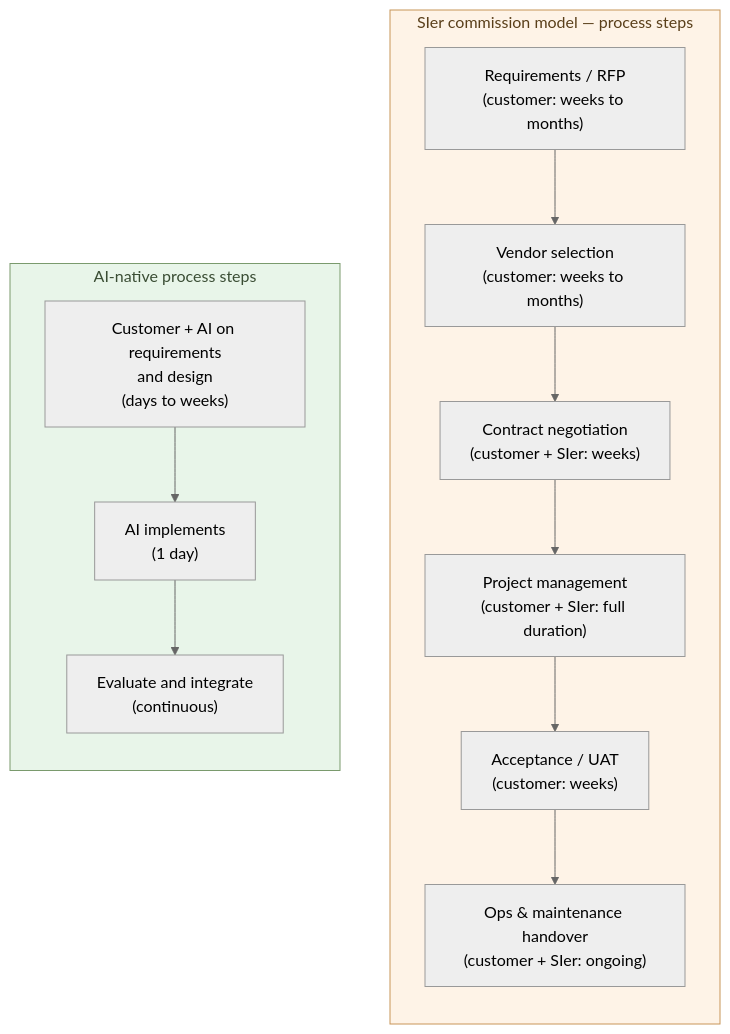
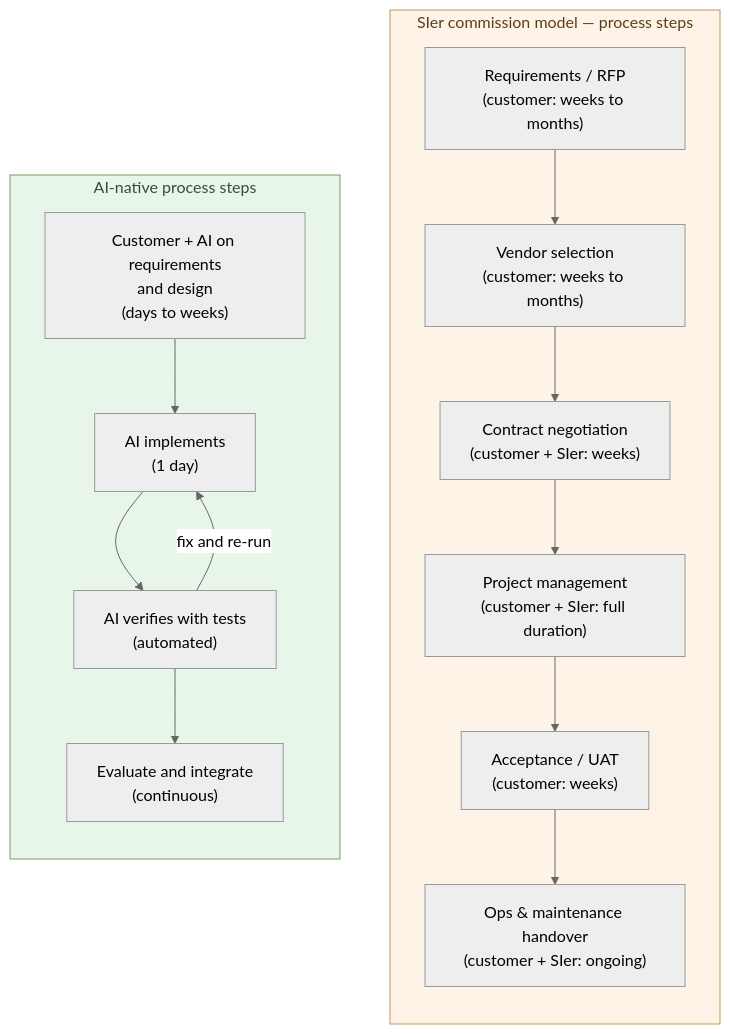
Before and after one commit to aiseed-dev/website: the diagram in articles/ai-native-ways/software/18-sier-uneconomic/en.md, drawn with Mermaid (neutral theme). The commit also changed 1 other file, not shown here.

Commit message:
software 3-03: add the test/verify step to the AI-native flow
Insert "AI verifies with tests (automated)" between implement and
evaluate, with a fix-and-re-run edge back to implement — showing the
verifier loop that is central to the series. Parallel ja/en.

Claude-Session: https://claude.ai/code/session_01JWSjUtp9JogXnFvcXErbX3

````diff
--- a/articles/ai-native-ways/software/18-sier-uneconomic/en.md
+++ b/articles/ai-native-ways/software/18-sier-uneconomic/en.md
@@ -92,26 +92,28 @@
 ```mermaid
 flowchart TB
   subgraph Sier["SIer commission model — process steps"]
     direction TB
     S1["Requirements / RFP<br/>(customer: weeks to months)"]
     S2["Vendor selection<br/>(customer: weeks to months)"]
     S3["Contract negotiation<br/>(customer + SIer: weeks)"]
     S4["Project management<br/>(customer + SIer: full duration)"]
     S5["Acceptance / UAT<br/>(customer: weeks)"]
     S6["Ops & maintenance handover<br/>(customer + SIer: ongoing)"]
     S1 --> S2 --> S3 --> S4 --> S5 --> S6
   end
 
   subgraph AI["AI-native process steps"]
     direction TB
     A1["Customer + AI on requirements<br/>and design<br/>(days to weeks)"]
     A2["AI implements<br/>(1 day)"]
-    A3["Evaluate and integrate<br/>(continuous)"]
-    A1 --> A2 --> A3
+    A3["AI verifies with tests<br/>(automated)"]
+    A4["Evaluate and integrate<br/>(continuous)"]
+    A1 --> A2 --> A3 --> A4
+    A3 -->|fix and re-run| A2
   end
 
   classDef good fill:#e8f5e9,stroke:#7a9a6d,color:#3a4d34
   classDef bad fill:#fef3e7,stroke:#c89559,color:#5a3f1a
   class AI good
   class Sier bad
 ```
````
